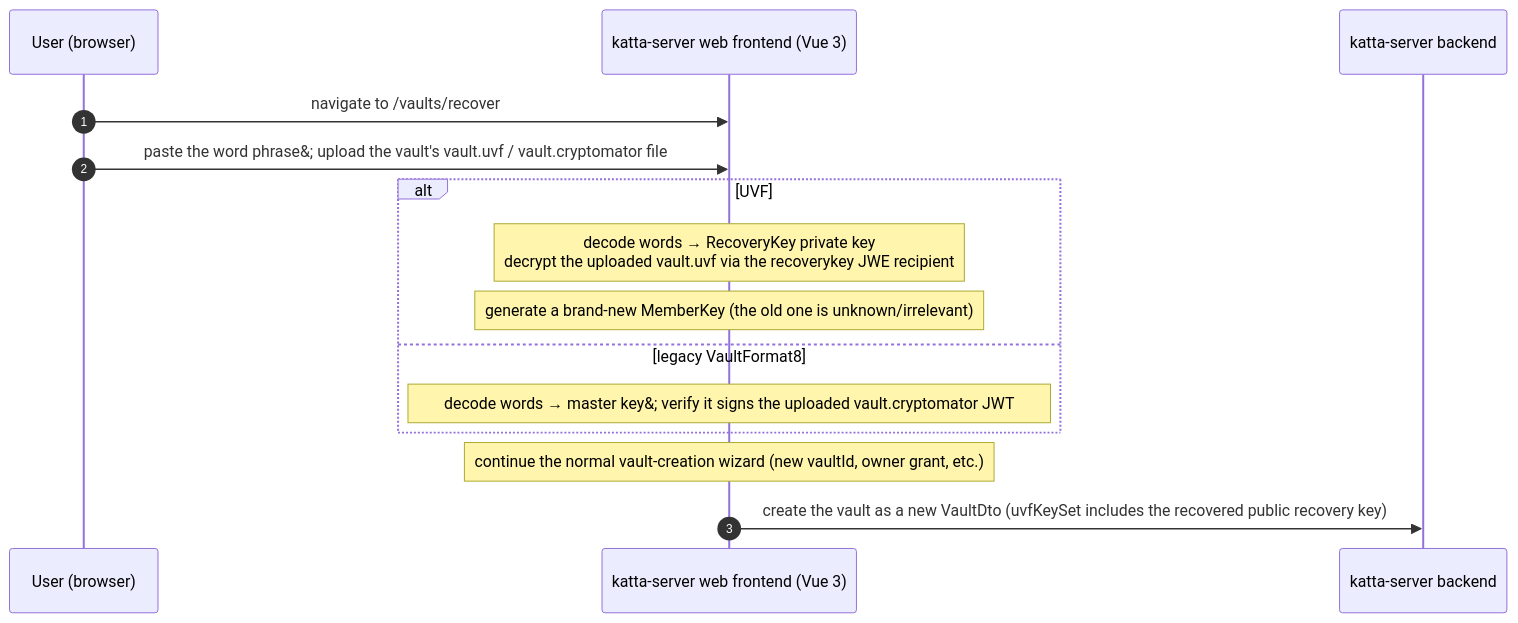
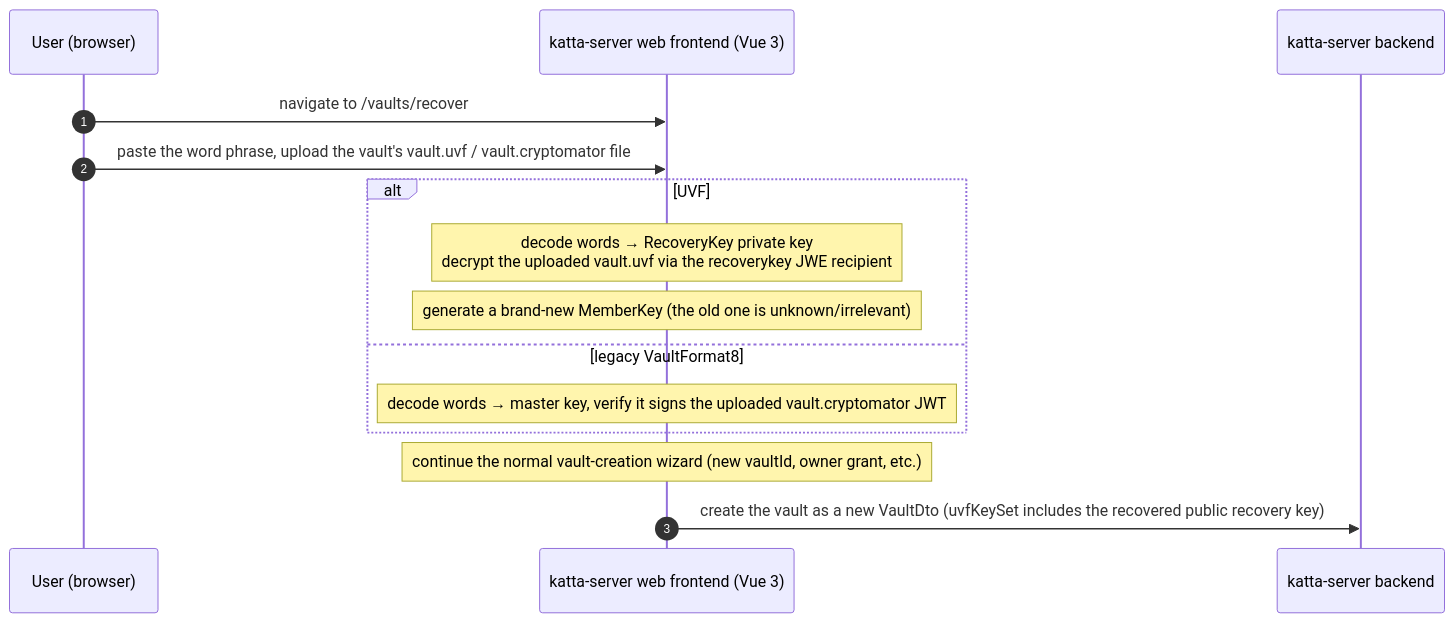
Before and after one commit to shift7-ch/katta-clientlib: the fourth of 4 diagrams in docs/recovery_key_interactions.md, drawn with Mermaid. The commit also changed 2 other files, not shown here.

Commit message:
Replace &#59; semicolon escapes with commas in mermaid diagrams
GitHub decodes &#59; back to a literal ; before mermaid parses the
diagram, so the escape didn't survive round-trip and the same parse
error persisted there. Use a plain comma instead, which needs no
decoding and can't reintroduce the statement-terminator problem.

````diff
--- a/docs/recovery_key_interactions.md
+++ b/docs/recovery_key_interactions.md
@@ -120,18 +120,18 @@
 ```mermaid
 sequenceDiagram
     autonumber
     participant User as User (browser)
     participant Web as katta-server web frontend (Vue 3)
     participant HubBackend as katta-server backend
 
     User->>Web: navigate to /vaults/recover
-    User->>Web: paste the word phrase&#59; upload the vault's vault.uvf / vault.cryptomator file
+    User->>Web: paste the word phrase, upload the vault's vault.uvf / vault.cryptomator file
     alt UVF
         Note over Web: decode words → RecoveryKey private key<br/>decrypt the uploaded vault.uvf via the recoverykey JWE recipient
         Note over Web: generate a brand-new MemberKey (the old one is unknown/irrelevant)
     else legacy VaultFormat8
-        Note over Web: decode words → master key&#59; verify it signs the uploaded vault.cryptomator JWT
+        Note over Web: decode words → master key, verify it signs the uploaded vault.cryptomator JWT
     end
     Note over Web: continue the normal vault-creation wizard (new vaultId, owner grant, etc.)
     Web->>HubBackend: create the vault as a new VaultDto (uvfKeySet includes the recovered public recovery key)
 ```
````
